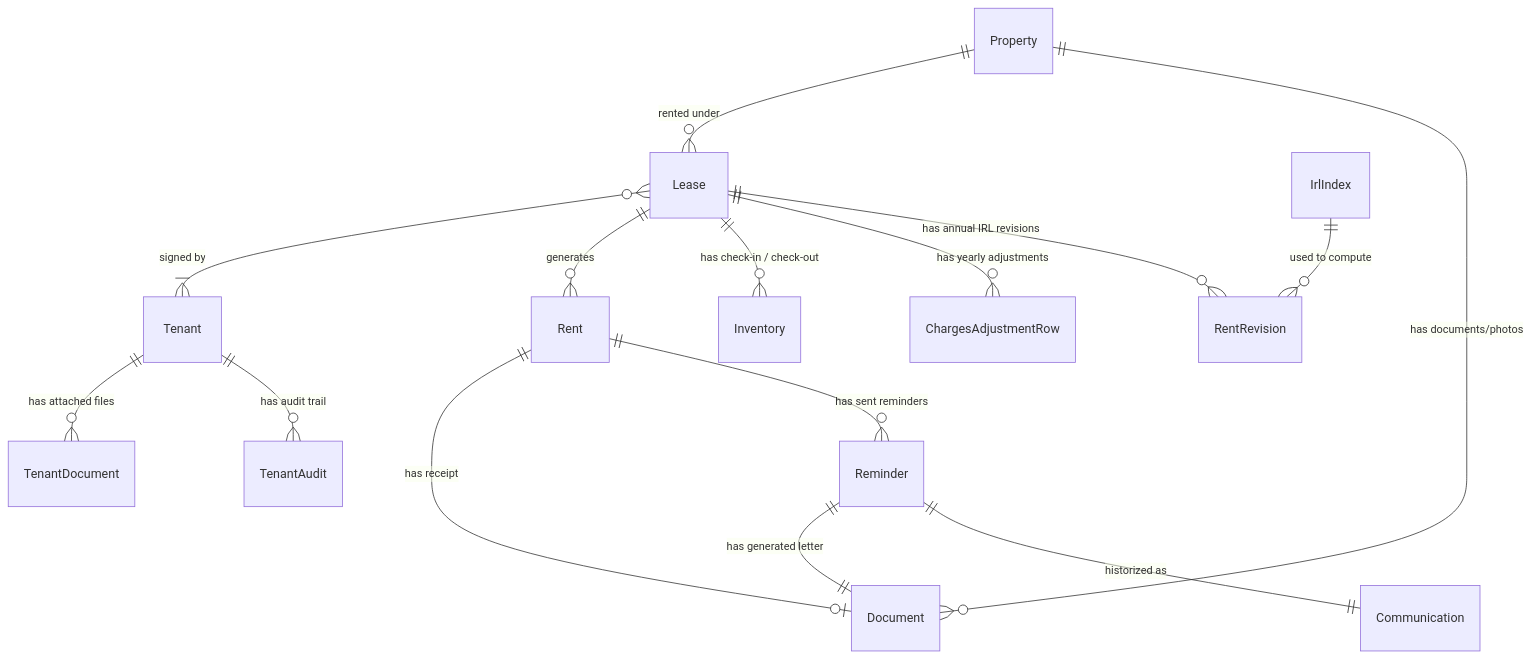
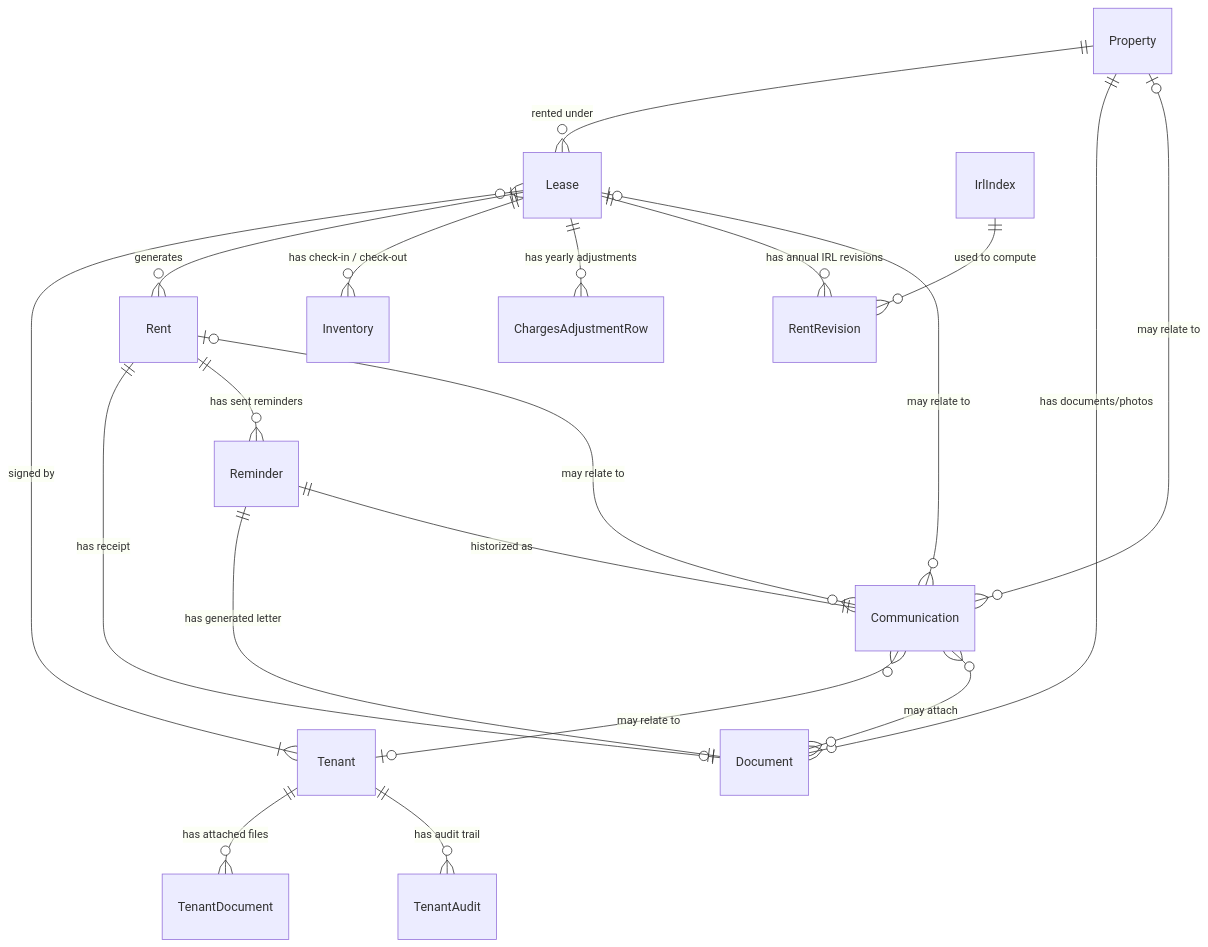
Before and after one commit to stalina/locapilot: the first of 2 diagrams in docs/specs/_index.md, drawn with Mermaid. The commit also changed other lines of this file and 1 other file, not shown here.

Commit message:
docs(specs): add Communications module spec (#44)
- add docs/specs/communications.md documenting the communications journal:
  data model, business rules, and exhaustive Gherkin stories/scenarios
- register the Communications domain in docs/specs/_index.md and extend the
  entity-relationship diagram with Communication links

````diff
--- a/docs/specs/_index.md
+++ b/docs/specs/_index.md
@@ -24,17 +25,22 @@
 ```mermaid
 erDiagram
     Property ||--o{ Lease : "rented under"
     Lease }o--|{ Tenant : "signed by"
     Lease ||--o{ Rent : "generates"
     Lease ||--o{ Inventory : "has check-in / check-out"
     Lease ||--o{ ChargesAdjustmentRow : "has yearly adjustments"
     Lease ||--o{ RentRevision : "has annual IRL revisions"
     IrlIndex ||--o{ RentRevision : "used to compute"
     Property ||--o{ Document : "has documents/photos"
     Tenant ||--o{ TenantDocument : "has attached files"
     Tenant ||--o{ TenantAudit : "has audit trail"
     Rent ||--o| Document : "has receipt"
     Rent ||--o{ Reminder : "has sent reminders"
     Reminder ||--|| Document : "has generated letter"
     Reminder ||--|| Communication : "historized as"
+    Communication }o--o| Property : "may relate to"
+    Communication }o--o| Tenant : "may relate to"
+    Communication }o--o| Lease : "may relate to"
+    Communication }o--o| Rent : "may relate to"
+    Communication }o--o{ Document : "may attach"
 ```
````
